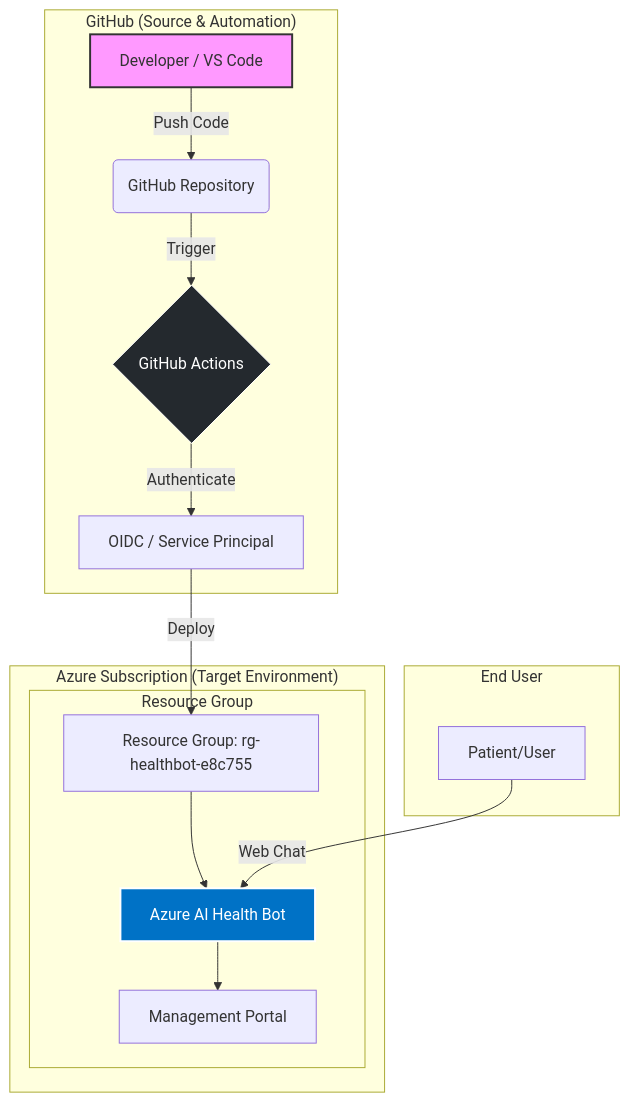
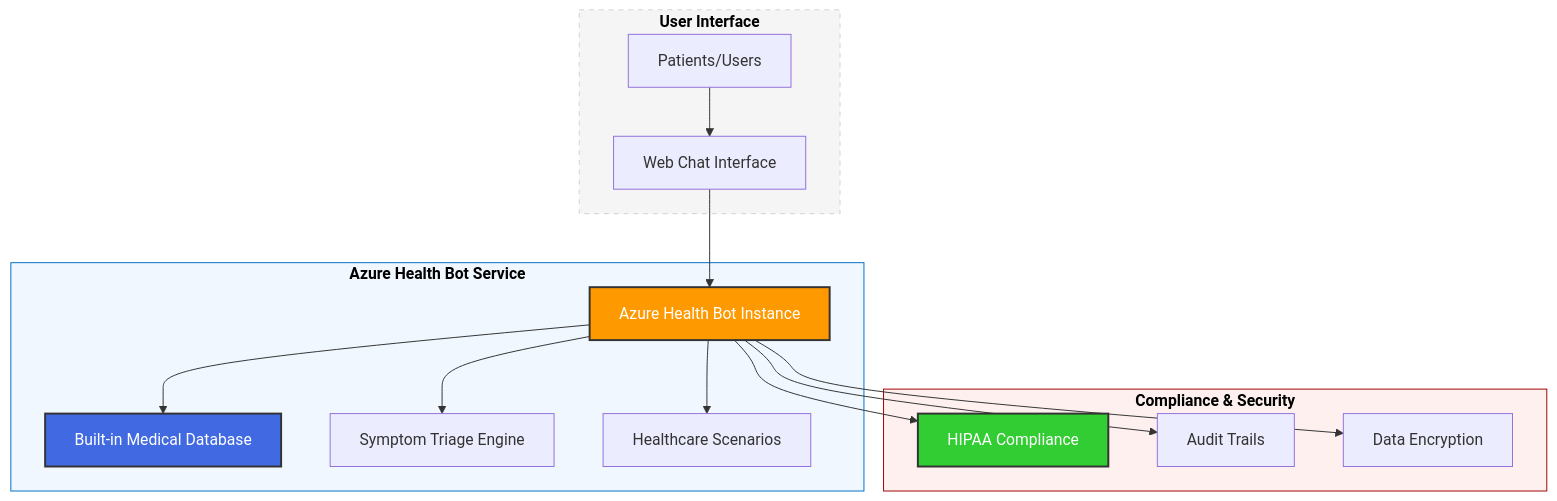
One commit to labdulrazak-git/Healthcare-Chatbot-with-Azure-Health-Bot changed the diagram in architecture/diagram.md. Above: the diagram before and after it, drawn with Mermaid. The commit also changed 1 other file, not shown here.

Commit message:
style: force black bold headers using HTML labels

````diff
--- a/architecture/diagram.md
+++ b/architecture/diagram.md
@@ -3,25 +3,40 @@
 ```mermaid
-graph TD
-    subgraph "GitHub (Source & Automation)"
-        A[Developer / VS Code] -->|Push Code| B(GitHub Repository)
-        B -->|Trigger| C{GitHub Actions}
-        C -->|Authenticate| D[OIDC / Service Principal]
+graph TB
+    subgraph UI ["<b style='color:black'>User Interface</b>"]
+        USER[Patients/Users]
+        WEB[Web Chat Interface]
     end
-
-    subgraph "Azure Subscription (Target Environment)"
-        D -->|Deploy| E[Resource Group: rg-healthbot-e8c755]
-        subgraph "Resource Group"
-            E --> F[Azure AI Health Bot]
-            F --> G[Management Portal]
-        end
+    
+    subgraph Service ["<b style='color:black'>Azure Health Bot Service</b>"]
+        HEALTHBOT[Azure Health Bot Instance]
+        MEDICAL[Built-in Medical Database]
+        TRIAGE[Symptom Triage Engine]
+        SCENARIOS[Healthcare Scenarios]
     end
-
-    subgraph "End User"
-        H[Patient/User] -->|Web Chat| F
+    
+    subgraph Security ["<b style='color:black'>Compliance & Security</b>"]
+        HIPAA[HIPAA Compliance]
+        AUDIT[Audit Trails]
+        ENCRYPT[Data Encryption]
     end
-
-    %% Styling
-    style A fill:#f9f,stroke:#333,stroke-width:2px
-    style F fill:#0072C6,stroke:#fff,stroke-width:2px,color:#fff
-    style C fill:#24292e,stroke:#fff,color:#fff
+    
+    %% Connections
+    USER --> WEB
+    WEB --> HEALTHBOT
+    HEALTHBOT --> MEDICAL
+    HEALTHBOT --> TRIAGE
+    HEALTHBOT --> SCENARIOS
+    HEALTHBOT --> HIPAA
+    HEALTHBOT --> AUDIT
+    HEALTHBOT --> ENCRYPT
+    
+    %% Node Styling
+    style HEALTHBOT fill:#FF9900,stroke:#333,stroke-width:2px,color:#fff
+    style HIPAA fill:#32CD32,stroke:#333,stroke-width:2px,color:#fff
+    style MEDICAL fill:#4169E1,stroke:#333,stroke-width:2px,color:#fff
+    
+    %% Box Styling
+    style UI fill:#f5f5f5,stroke:#d2d2d2,stroke-dasharray: 5 5
+    style Service fill:#f0f7ff,stroke:#0072c6,stroke-width:1px
+    style Security fill:#fff0f0,stroke:#a10000,stroke-width:1px
 ```
````
